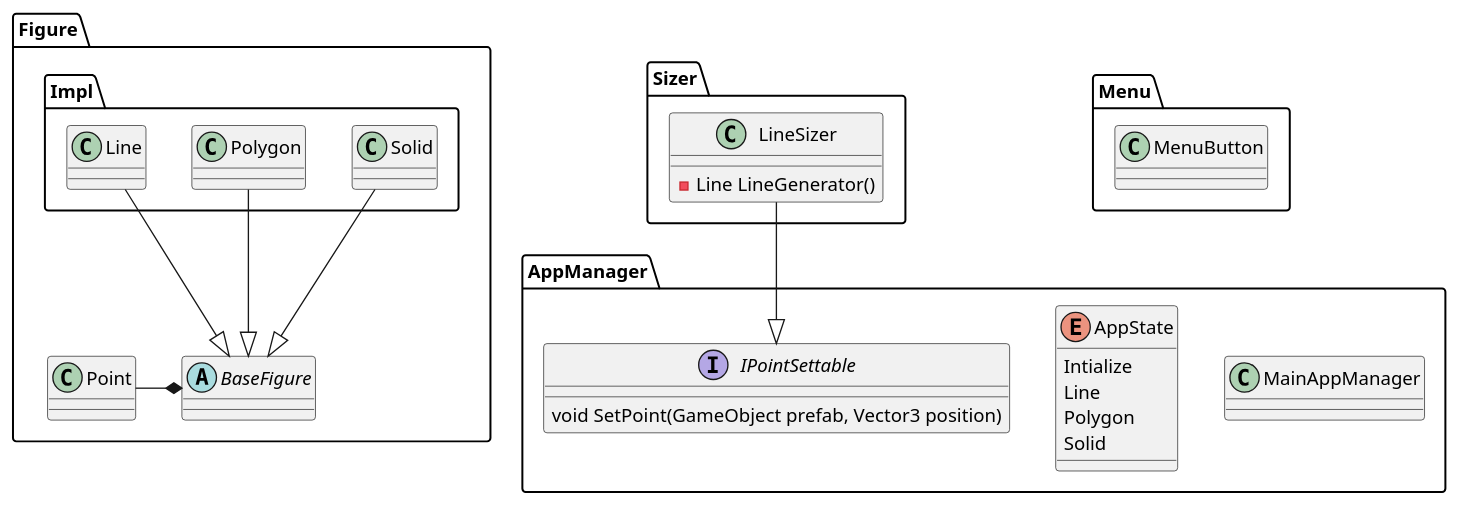
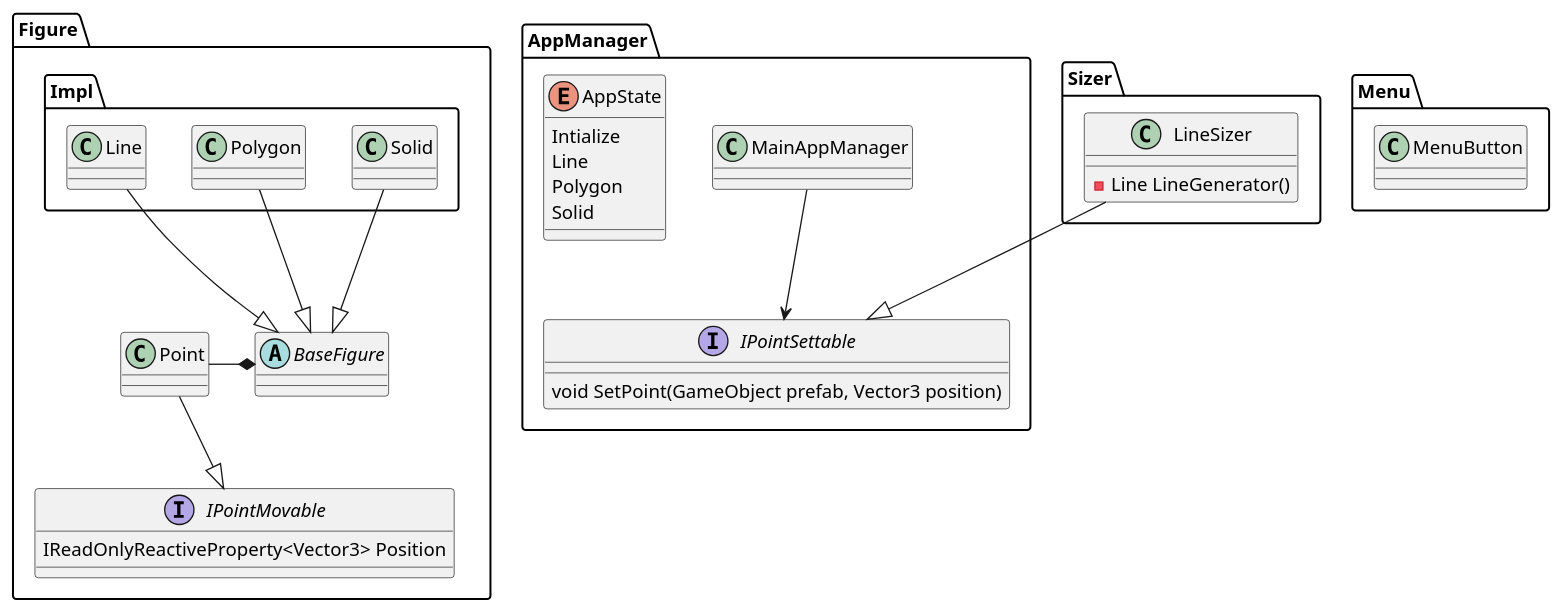
One commit to dykarohora/HoloMeasurement changed the diagram in ClassDiagram.wsd. Above: the diagram before and after it, drawn with PlantUML. The commit also changed 583 other files, not shown here.

```diff
--- a/ClassDiagram.wsd
+++ b/ClassDiagram.wsd
@@ -1,57 +1,64 @@
 @startuml
 
 namespace Figure {
     abstract class BaseFigure {
     }
     namespace Impl {
         class Line {
         }
         class Polygon {
         }
         class Solid {
         }
         Line --d|> Figure.BaseFigure
         Polygon --d|> Figure.BaseFigure
         Solid --d|> Figure.BaseFigure
 
         Line -[hidden]r- Polygon
         Polygon -[hidden]r- Solid
     }
 
+    interface IPointMovable {
+        IReadOnlyReactiveProperty<Vector3> Position
+    }
+
     class Point {
     }
 
+    Point --|> IPointMovable
     Point --r* BaseFigure
 }
 
 namespace AppManager {
     class MainAppManager {
     }
     enum AppState {
         Intialize
         Line
         Polygon
         Solid
     }
     
     interface IPointSettable {
         void SetPoint(GameObject prefab, Vector3 position)
     }
+
+    MainAppManager --> IPointSettable
 }
 
 namespace Sizer {
     class LineSizer {
         -Line LineGenerator()
     }
 
     LineSizer --|> AppManager.IPointSettable
 }
 
 namespace Menu {
     class MenuButton {
 
     }
 }
 
 
 @enduml
```
